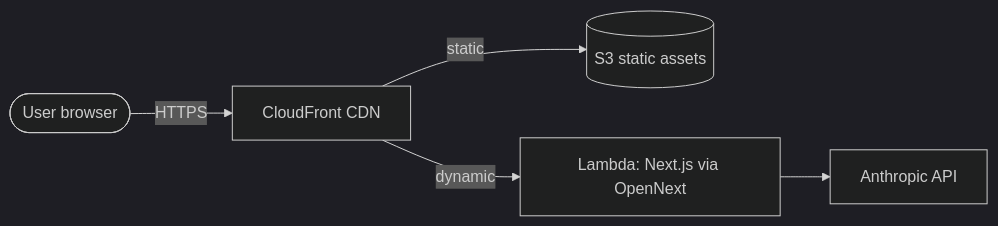
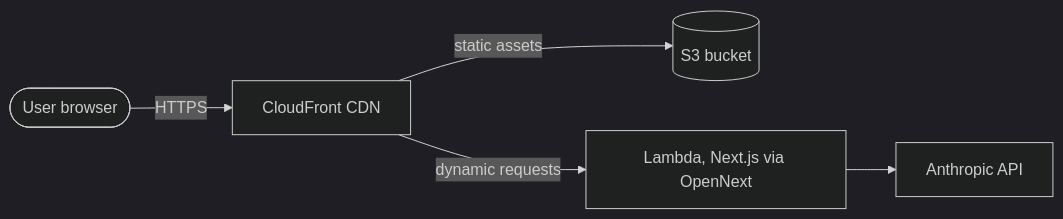
One commit to elleskay/insurance-dashboard changed the fourth of 6 diagrams in README.md. Above: the diagram before and after it, drawn with Mermaid (dark theme). The commit also changed other lines of this file, not shown here.

````diff
--- a/README.md
+++ b/README.md
@@ -98,7 +106,7 @@
 ```mermaid
 flowchart LR
     User([User browser]) -->|HTTPS| CF[CloudFront CDN]
-    CF -->|static| S3[(S3 static assets)]
-    CF -->|dynamic| Lambda[Lambda: Next.js via OpenNext]
+    CF -->|static assets| S3[(S3 bucket)]
+    CF -->|dynamic requests| Lambda[Lambda, Next.js via OpenNext]
     Lambda --> Anthropic[Anthropic API]
 ```
````
